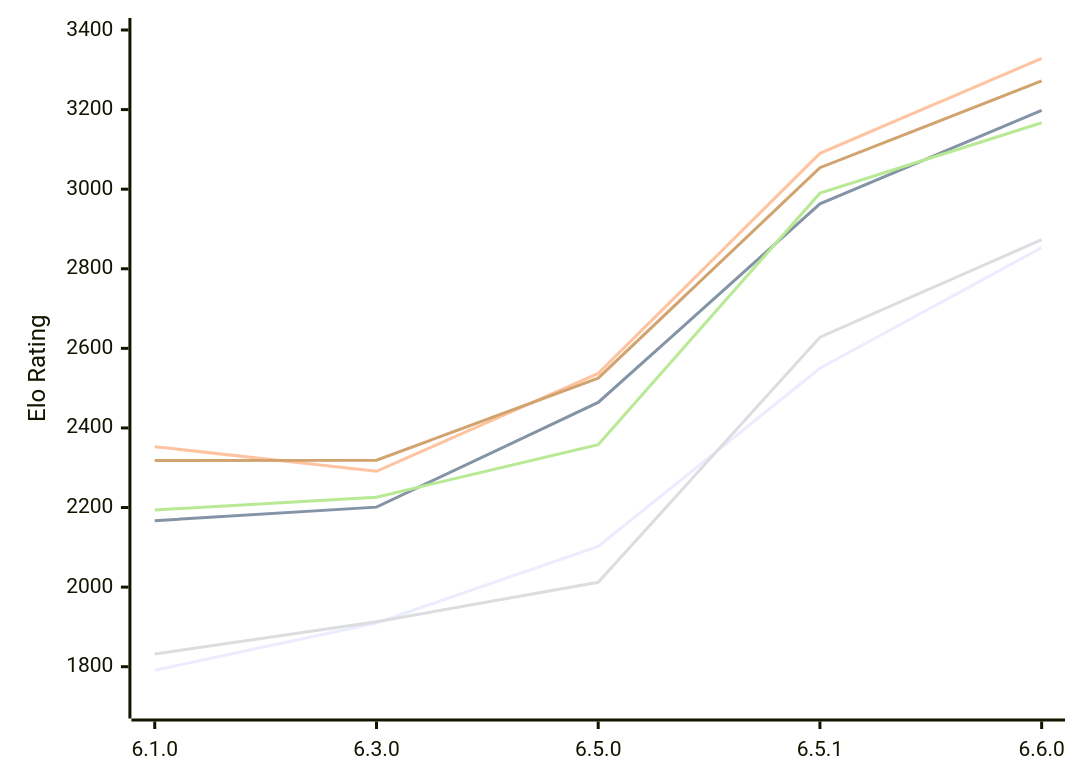
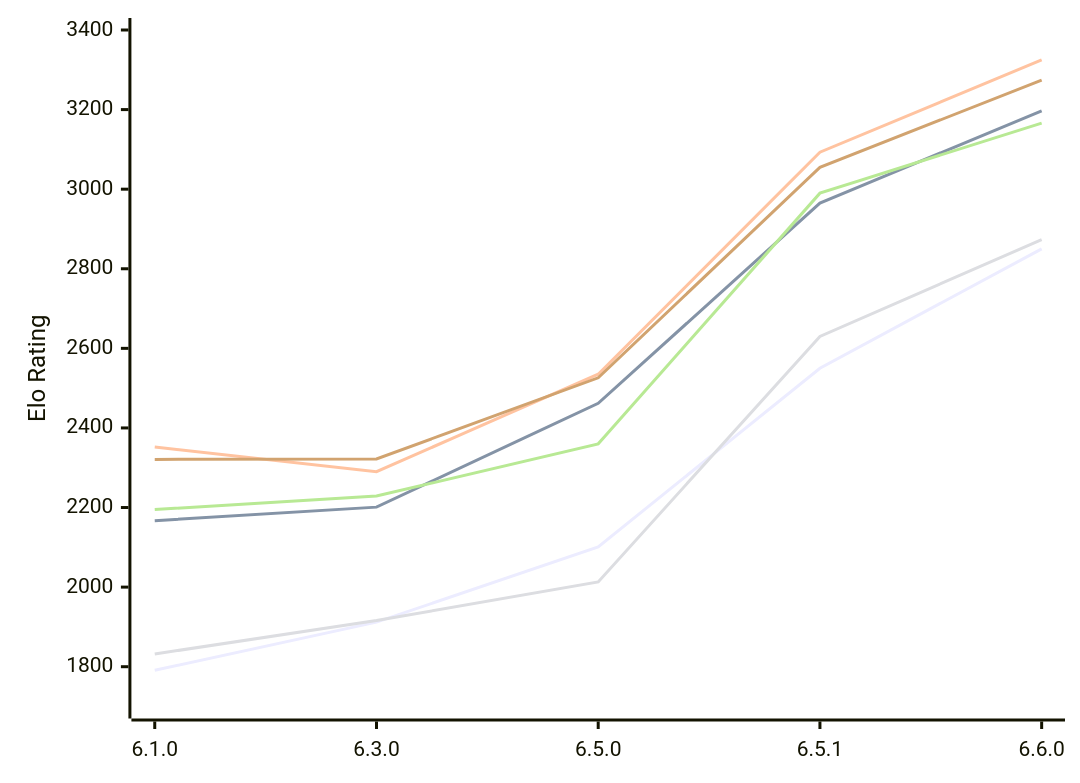
Before and after one commit to computer-chess-index/cci: the diagram in engines/Luminex.md, drawn with Mermaid. The commit also changed other lines of this file, not shown here.

Commit message:
Update CCI Ratings (ELO VLTC) - 2026-11-28

````diff
--- a/engines/Luminex.md
+++ b/engines/Luminex.md
@@ -55,12 +55,12 @@
 ```mermaid
 %%{init: {"theme":"base","themeVariables":{"seriesColors:['#a3a3a3','#222221','#faa371']}}}%%
 xychart-beta
   x-axis ["6.1.0", "6.3.0", "6.5.0", "6.5.1", "6.6.0"]
   y-axis "Elo Rating" 1700 --> 3400
-  line "E1: STC (8.0+0.08s)" [1791, 1910, 2102, 2550, 2853]
-  line "E1: LTC (60.0+0.60s)" [2167, 2201, 2464, 2963, 3198]
-  line "E1: VLTC (2m24s+1.12s)" [2353, 2291, 2537, 3090, 3329]
-  line "P1: STC (8.0+0.08s)" [1832, 1913, 2012, 2628, 2873]
-  line "P1: LTC (60.0+0.60s)" [2194, 2226, 2358, 2990, 3167]
-  line "P1: VLTC (2m24s+1.12s)" [2318, 2319, 2525, 3054, 3272]
+  line "E1: STC (8.0+0.08s)" [1791, 1912, 2101, 2550, 2850]
+  line "E1: LTC (60.0+0.60s)" [2167, 2201, 2462, 2965, 3197]
+  line "E1: VLTC (2m24s+1.12s)" [2352, 2290, 2535, 3093, 3325]
+  line "P1: STC (8.0+0.08s)" [1832, 1916, 2013, 2630, 2873]
+  line "P1: LTC (60.0+0.60s)" [2195, 2229, 2360, 2990, 3166]
+  line "P1: VLTC (2m24s+1.12s)" [2321, 2322, 2526, 3055, 3274]
 ```
````
